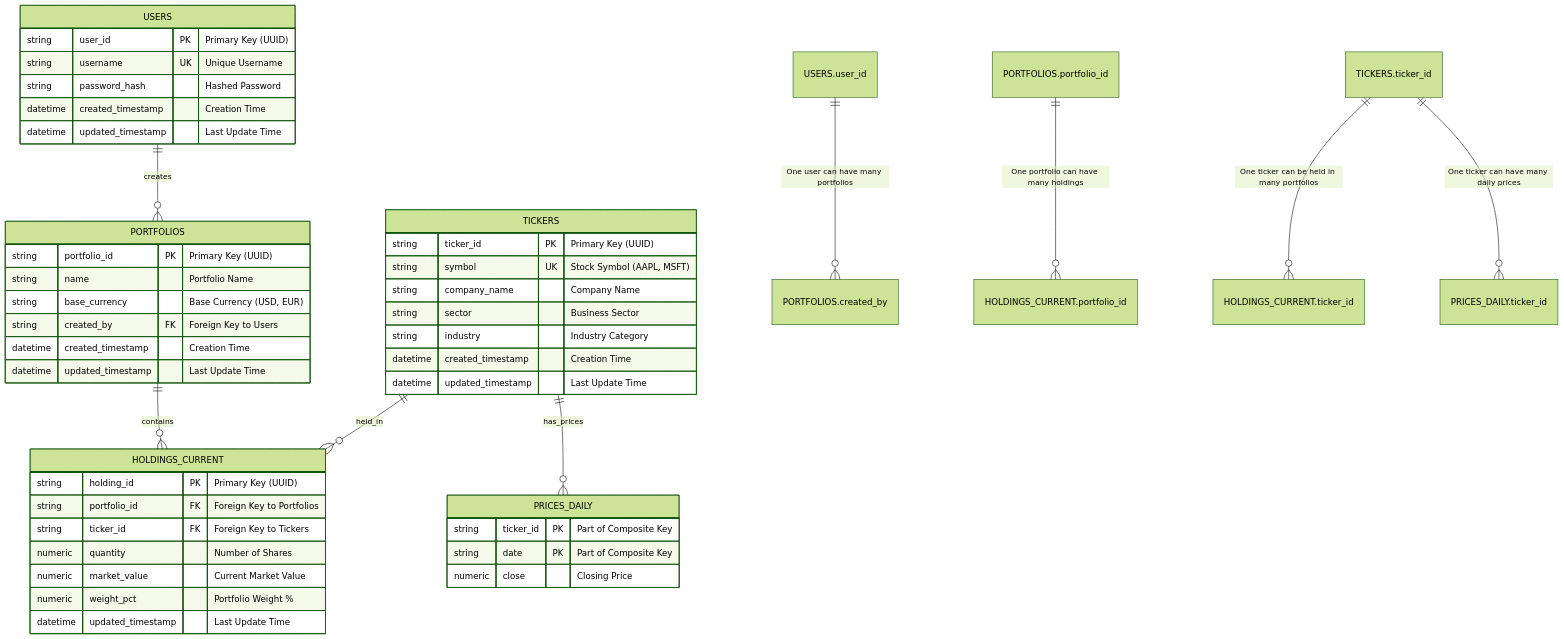
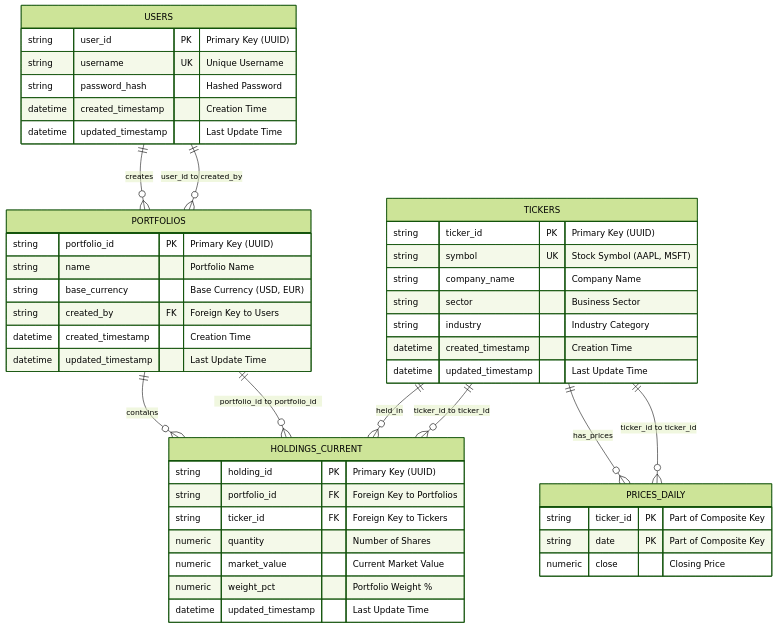
One commit to lesleyzhao/Portfolio_Insight_Platform changed the diagram in DATABASE_DESIGN.md. Above: the diagram before and after it, drawn with Mermaid (forest theme).

Commit message:
fix: Correct Mermaid ERD syntax for GitHub compatibility
- Remove invalid dot notation in relationship labels
- Simplify relationship descriptions to avoid parsing errors
- Ensure diagram renders properly on GitHub

````diff
--- a/DATABASE_DESIGN.md
+++ b/DATABASE_DESIGN.md
@@ -225,58 +225,58 @@
 ```mermaid
 erDiagram
     USERS {
         string user_id PK "Primary Key (UUID)"
         string username UK "Unique Username"
         string password_hash "Hashed Password"
         datetime created_timestamp "Creation Time"
         datetime updated_timestamp "Last Update Time"
     }
     
     TICKERS {
         string ticker_id PK "Primary Key (UUID)"
         string symbol UK "Stock Symbol (AAPL, MSFT)"
         string company_name "Company Name"
         string sector "Business Sector"
         string industry "Industry Category"
         datetime created_timestamp "Creation Time"
         datetime updated_timestamp "Last Update Time"
     }
     
     PORTFOLIOS {
         string portfolio_id PK "Primary Key (UUID)"
         string name "Portfolio Name"
         string base_currency "Base Currency (USD, EUR)"
         string created_by FK "Foreign Key to Users"
         datetime created_timestamp "Creation Time"
         datetime updated_timestamp "Last Update Time"
     }
     
     HOLDINGS_CURRENT {
         string holding_id PK "Primary Key (UUID)"
         string portfolio_id FK "Foreign Key to Portfolios"
         string ticker_id FK "Foreign Key to Tickers"
         numeric quantity "Number of Shares"
         numeric market_value "Current Market Value"
         numeric weight_pct "Portfolio Weight %"
         datetime updated_timestamp "Last Update Time"
     }
     
     PRICES_DAILY {
         string ticker_id PK "Part of Composite Key"
         string date PK "Part of Composite Key"
         numeric close "Closing Price"
     }
     
     %% One-to-Many Relationships
     USERS ||--o{ PORTFOLIOS : "creates"
-    USERS.user_id ||--o{ PORTFOLIOS.created_by : "One user can have many portfolios"
+    USERS ||--o{ PORTFOLIOS : "user_id to created_by"
     
     PORTFOLIOS ||--o{ HOLDINGS_CURRENT : "contains"
-    PORTFOLIOS.portfolio_id ||--o{ HOLDINGS_CURRENT.portfolio_id : "One portfolio can have many holdings"
+    PORTFOLIOS ||--o{ HOLDINGS_CURRENT : "portfolio_id to portfolio_id"
     
     TICKERS ||--o{ HOLDINGS_CURRENT : "held_in"
-    TICKERS.ticker_id ||--o{ HOLDINGS_CURRENT.ticker_id : "One ticker can be held in many portfolios"
+    TICKERS ||--o{ HOLDINGS_CURRENT : "ticker_id to ticker_id"
     
     TICKERS ||--o{ PRICES_DAILY : "has_prices"
-    TICKERS.ticker_id ||--o{ PRICES_DAILY.ticker_id : "One ticker can have many daily prices"
+    TICKERS ||--o{ PRICES_DAILY : "ticker_id to ticker_id"
 ```
````
